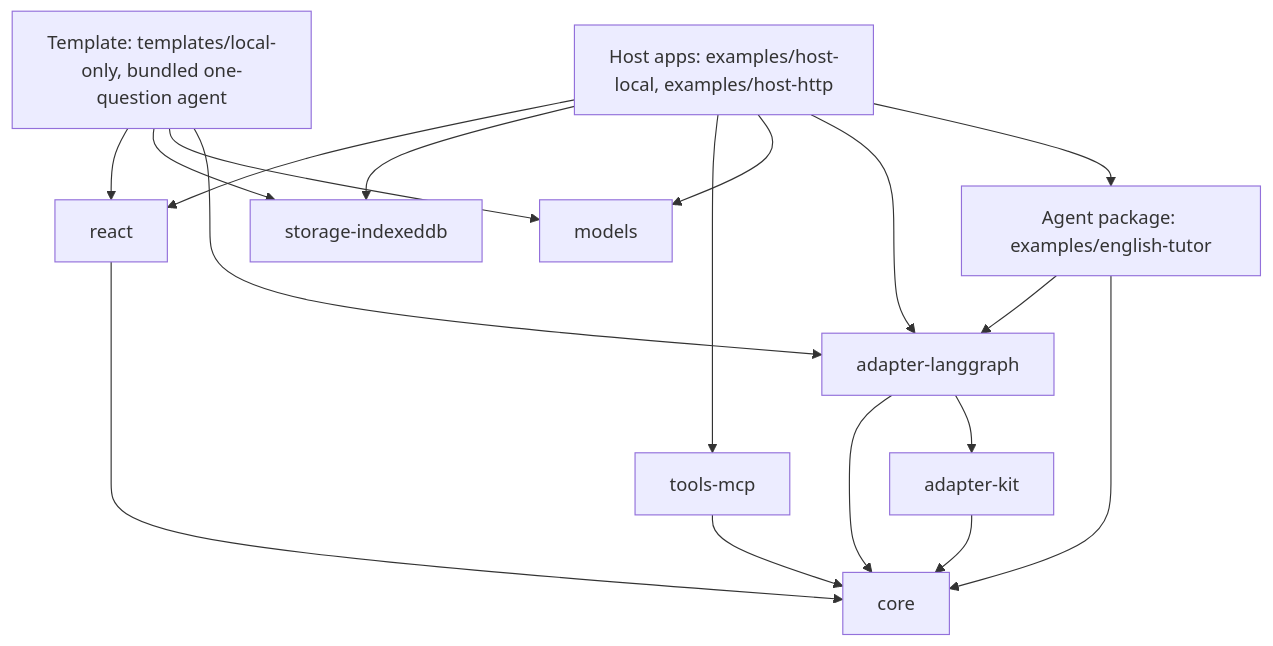
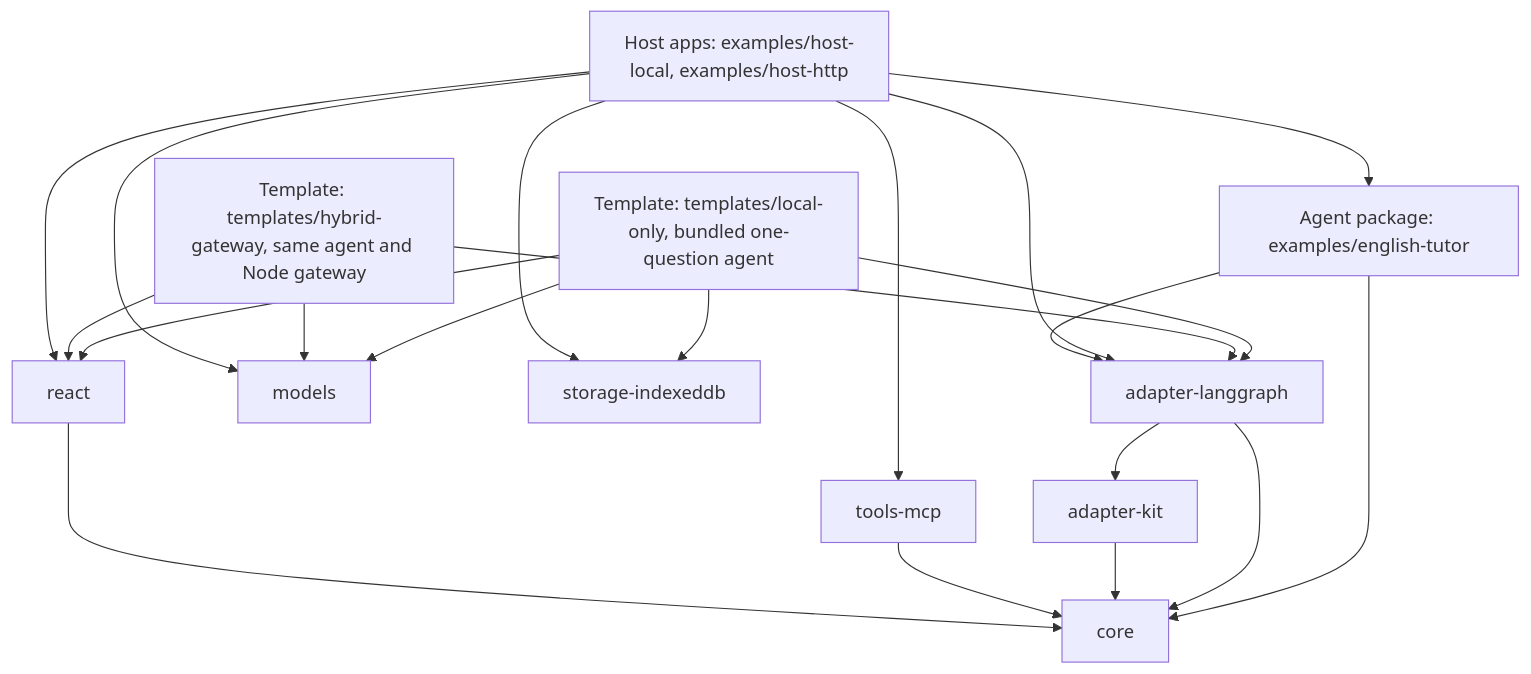
The second of 8 diagrams in docs/system-design.md (vinhnxv/galaxie), drawn with Mermaid before and after one commit. The commit also changed other lines of this file and 30 other files, not shown here.

````diff
--- a/docs/system-design.md
+++ b/docs/system-design.md
@@ -93,12 +94,14 @@
 ```mermaid
 flowchart TD
     Host["Host apps: examples/host-local, examples/host-http"]
     Starter["Template: templates/local-only, bundled one-question agent"]
     Starter --> Adapter & Models & Storage & ReactPkg
+    HybridStarter["Template: templates/hybrid-gateway, same agent and Node gateway"]
+    HybridStarter --> Adapter & Models & ReactPkg
     Tutor["Agent package: examples/english-tutor"]
     Host --> Tutor
     Host --> Adapter["adapter-langgraph"] & Models["models"] & Mcp["tools-mcp"] & Storage["storage-indexeddb"] & ReactPkg["react"]
     Tutor --> Core["core"] & Adapter
     Adapter --> Kit["adapter-kit"]
     Adapter & Kit & Mcp & ReactPkg --> Core
 ```
````
